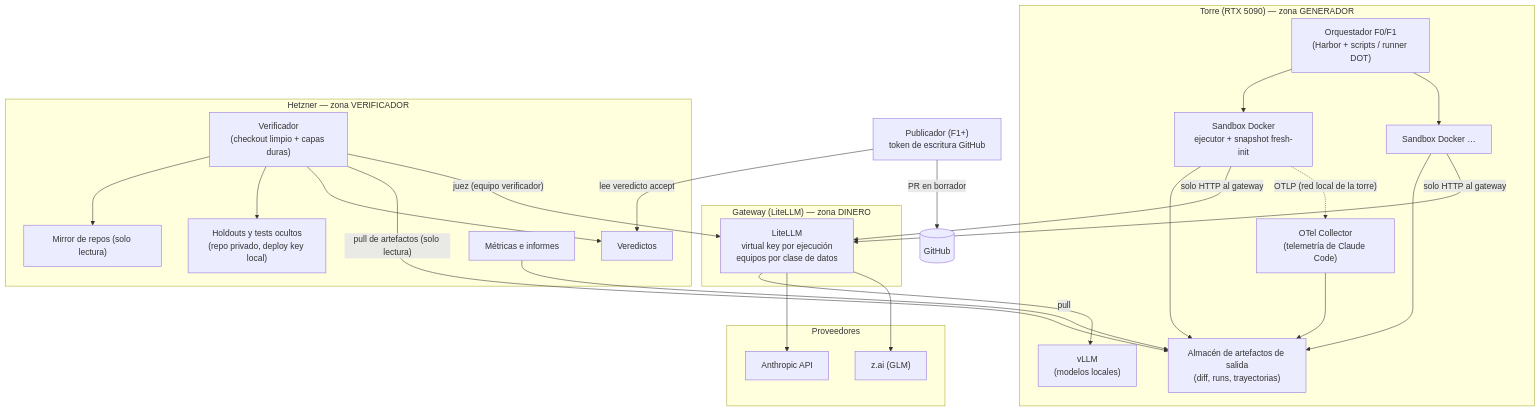
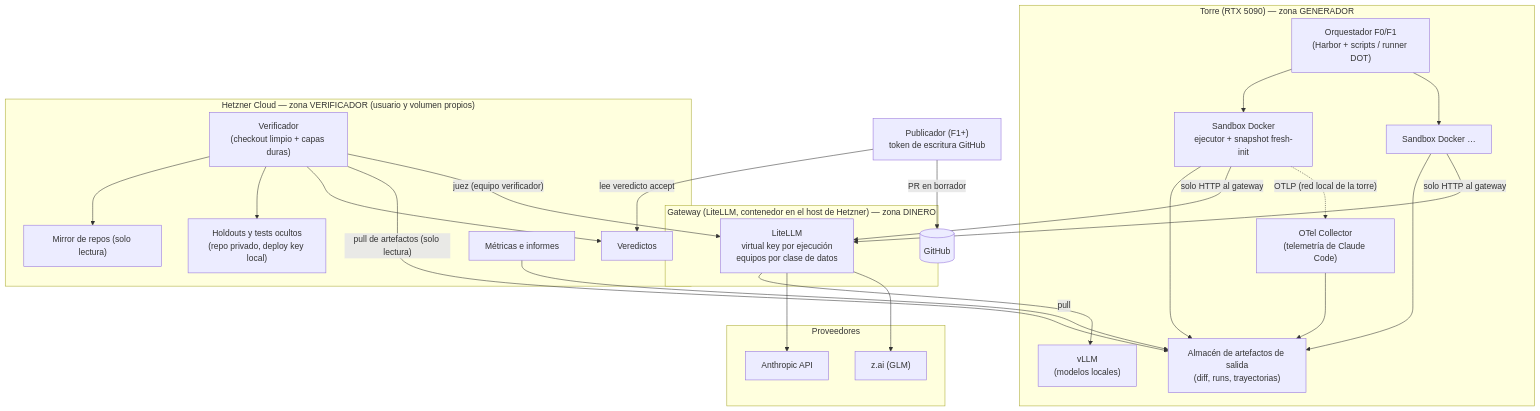
Before and after one commit to romerox3/software-factory: the first of 3 diagrams in docs/02-architecture.md, drawn with Mermaid. The commit also changed other lines of this file and 4 other files, not shown here.

First line of the commit message:
docs: gateway and verifier share the Hetzner Cloud host

````diff
--- a/docs/02-architecture.md
+++ b/docs/02-architecture.md
@@ -21,39 +21,39 @@
 ```mermaid
 flowchart TB
   subgraph TORRE["Torre (RTX 5090) — zona GENERADOR"]
     ORQ["Orquestador F0/F1<br/>(Harbor + scripts / runner DOT)"]
     SB1["Sandbox Docker<br/>ejecutor + snapshot fresh-init"]
     SB2["Sandbox Docker …"]
     VLLM["vLLM<br/>(modelos locales)"]
     ART["Almacén de artefactos de salida<br/>(diff, runs, trayectorias)"]
     OTEL["OTel Collector<br/>(telemetría de Claude Code)"]
     ORQ --> SB1 & SB2
     SB1 & SB2 --> ART
     OTEL --> ART
   end
-  subgraph GW["Gateway (LiteLLM) — zona DINERO"]
+  subgraph GW["Gateway (LiteLLM, contenedor en el host de Hetzner) — zona DINERO"]
     LL["LiteLLM<br/>virtual key por ejecución<br/>equipos por clase de datos"]
   end
-  subgraph HZ["Hetzner — zona VERIFICADOR"]
+  subgraph HZ["Hetzner Cloud — zona VERIFICADOR (usuario y volumen propios)"]
     VER["Verificador<br/>(checkout limpio + capas duras)"]
     MIR["Mirror de repos (solo lectura)"]
     HOLD["Holdouts y tests ocultos<br/>(repo privado, deploy key local)"]
     VERD["Veredictos"]
     REP["Métricas e informes"]
     VER --> MIR & HOLD
     VER --> VERD
   end
   subgraph EXT["Proveedores"]
     ANT["Anthropic API"]
     ZAI["z.ai (GLM)"]
   end
   SB1 & SB2 -- "solo HTTP al gateway" --> LL
   LL --> VLLM
   LL --> ANT & ZAI
   VER -- "pull de artefactos (solo lectura)" --> ART
   VER -- "juez (equipo verificador)" --> LL
   SB1 -. "OTLP (red local de la torre)" .-> OTEL
   REP -- "pull" --> ART
   PUB["Publicador (F1+)<br/>token de escritura GitHub"] -- "lee veredicto accept" --> VERD
   PUB -- "PR en borrador" --> GH[(GitHub)]
 ```
````
